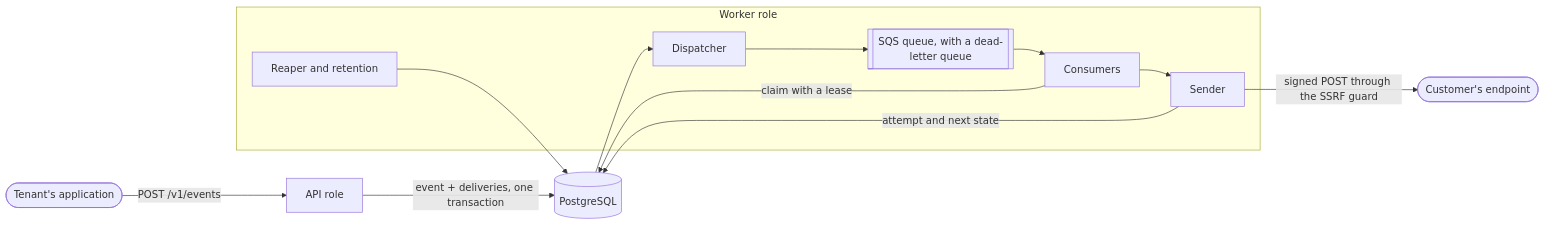
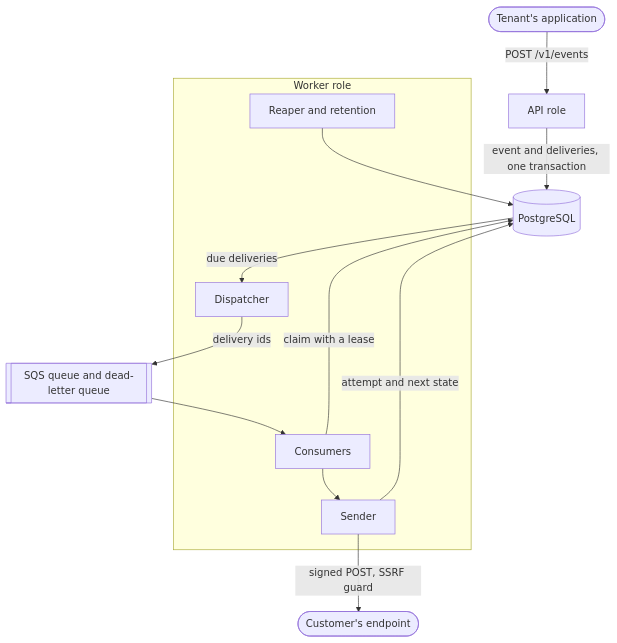
Before and after one commit to EmilioPG13/webhook-delivery-platform: the diagram in README.md, drawn with Mermaid.

Commit message:
docs: lay the architecture diagram out vertically so it fits the README column

````diff
--- a/README.md
+++ b/README.md
@@ -58,16 +58,19 @@
 ```mermaid
-flowchart LR
+flowchart TB
     Client([Tenant's application]) -->|POST /v1/events| API[API role]
-    API -->|event + deliveries, one transaction| PG[(PostgreSQL)]
-    subgraph Worker role
-        D[Dispatcher] --> Q
-        C[Consumers] --> S[Sender]
+    API -->|event and deliveries, one transaction| PG[(PostgreSQL)]
+    PG -->|due deliveries| D
+    subgraph W [Worker role]
+        D[Dispatcher]
+        C[Consumers]
+        S[Sender]
         R[Reaper and retention]
     end
-    PG --> D
-    Q[[SQS queue, with a dead-letter queue]] --> C
+    D -->|delivery ids| Q[[SQS queue and dead-letter queue]]
+    Q --> C
     C -->|claim with a lease| PG
-    S -->|signed POST through the SSRF guard| Recv([Customer's endpoint])
+    C --> S
+    S -->|signed POST, SSRF guard| Recv([Customer's endpoint])
     S -->|attempt and next state| PG
     R --> PG
 ```
````
